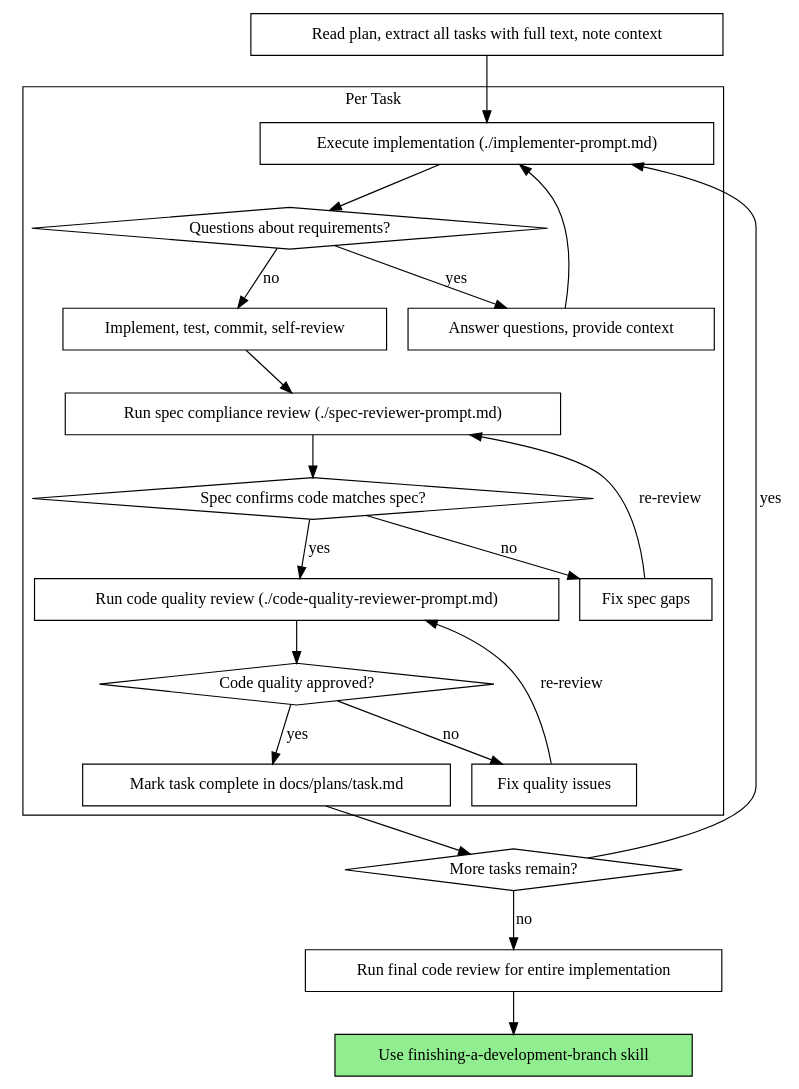
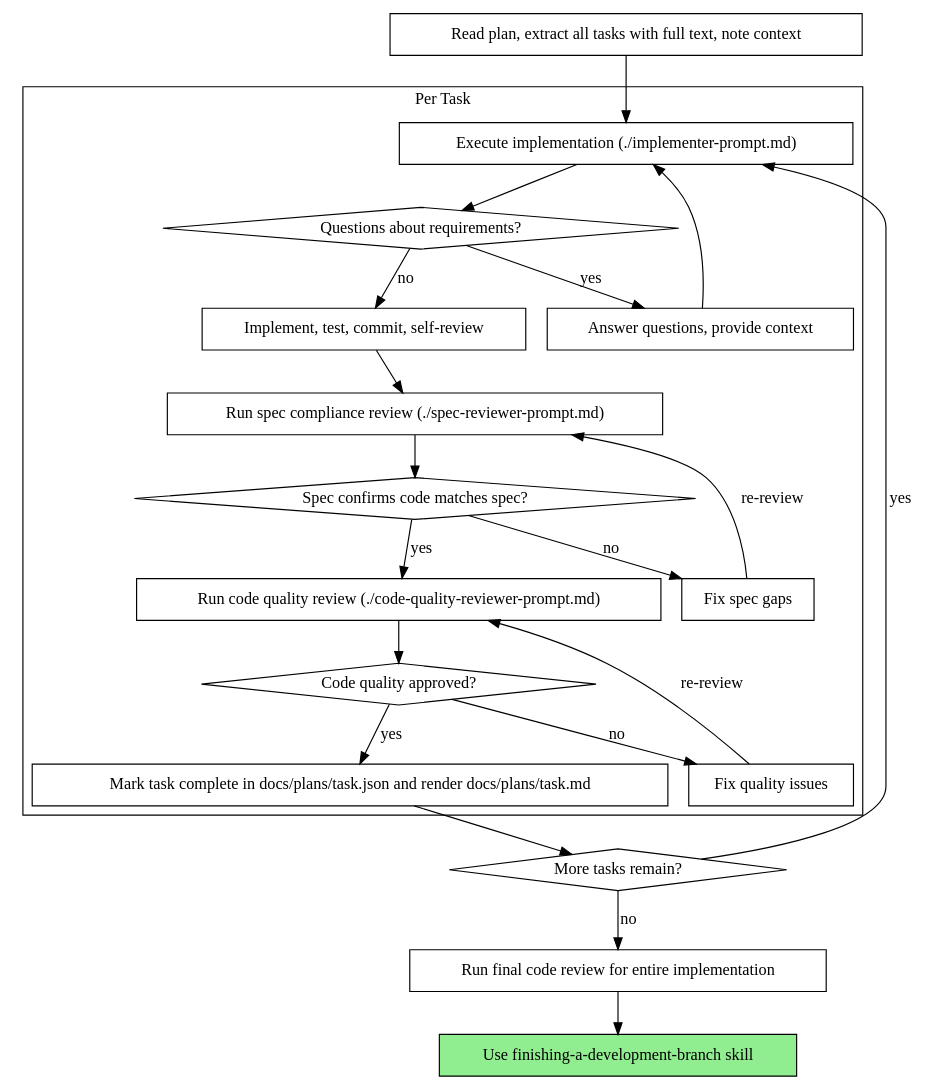
One commit to stefanprati-rgb/antigravity-superpowers-lgpd changed the second of 2 diagrams in templates/.agent/skills/single-flow-task-execution/SKILL.md. Above: the diagram before and after it, drawn with Graphviz. The commit also changed other lines of this file and 34 other files, not shown here.

````diff
--- a/templates/.agent/skills/single-flow-task-execution/SKILL.md
+++ b/templates/.agent/skills/single-flow-task-execution/SKILL.md
@@ -68,44 +68,44 @@
 ```dot
 digraph process {
     rankdir=TB;
 
     subgraph cluster_per_task {
         label="Per Task";
         "Execute implementation (./implementer-prompt.md)" [shape=box];
         "Questions about requirements?" [shape=diamond];
         "Answer questions, provide context" [shape=box];
         "Implement, test, commit, self-review" [shape=box];
         "Run spec compliance review (./spec-reviewer-prompt.md)" [shape=box];
         "Spec confirms code matches spec?" [shape=diamond];
         "Fix spec gaps" [shape=box];
         "Run code quality review (./code-quality-reviewer-prompt.md)" [shape=box];
         "Code quality approved?" [shape=diamond];
         "Fix quality issues" [shape=box];
-        "Mark task complete in docs/plans/task.md" [shape=box];
+        "Mark task complete in docs/plans/task.json and render docs/plans/task.md" [shape=box];
     }
 
     "Read plan, extract all tasks with full text, note context" [shape=box];
     "More tasks remain?" [shape=diamond];
     "Run final code review for entire implementation" [shape=box];
     "Use finishing-a-development-branch skill" [shape=box style=filled fillcolor=lightgreen];
 
     "Read plan, extract all tasks with full text, note context" -> "Execute implementation (./implementer-prompt.md)";
     "Execute implementation (./implementer-prompt.md)" -> "Questions about requirements?";
     "Questions about requirements?" -> "Answer questions, provide context" [label="yes"];
     "Answer questions, provide context" -> "Execute implementation (./implementer-prompt.md)";
     "Questions about requirements?" -> "Implement, test, commit, self-review" [label="no"];
     "Implement, test, commit, self-review" -> "Run spec compliance review (./spec-reviewer-prompt.md)";
     "Run spec compliance review (./spec-reviewer-prompt.md)" -> "Spec confirms code matches spec?";
     "Spec confirms code matches spec?" -> "Fix spec gaps" [label="no"];
     "Fix spec gaps" -> "Run spec compliance review (./spec-reviewer-prompt.md)" [label="re-review"];
     "Spec confirms code matches spec?" -> "Run code quality review (./code-quality-reviewer-prompt.md)" [label="yes"];
     "Run code quality review (./code-quality-reviewer-prompt.md)" -> "Code quality approved?";
     "Code quality approved?" -> "Fix quality issues" [label="no"];
     "Fix quality issues" -> "Run code quality review (./code-quality-reviewer-prompt.md)" [label="re-review"];
-    "Code quality approved?" -> "Mark task complete in docs/plans/task.md" [label="yes"];
-    "Mark task complete in docs/plans/task.md" -> "More tasks remain?";
+    "Code quality approved?" -> "Mark task complete in docs/plans/task.json and render docs/plans/task.md" [label="yes"];
+    "Mark task complete in docs/plans/task.json and render docs/plans/task.md" -> "More tasks remain?";
     "More tasks remain?" -> "Execute implementation (./implementer-prompt.md)" [label="yes"];
     "More tasks remain?" -> "Run final code review for entire implementation" [label="no"];
     "Run final code review for entire implementation" -> "Use finishing-a-development-branch skill";
 }
 ```
````
